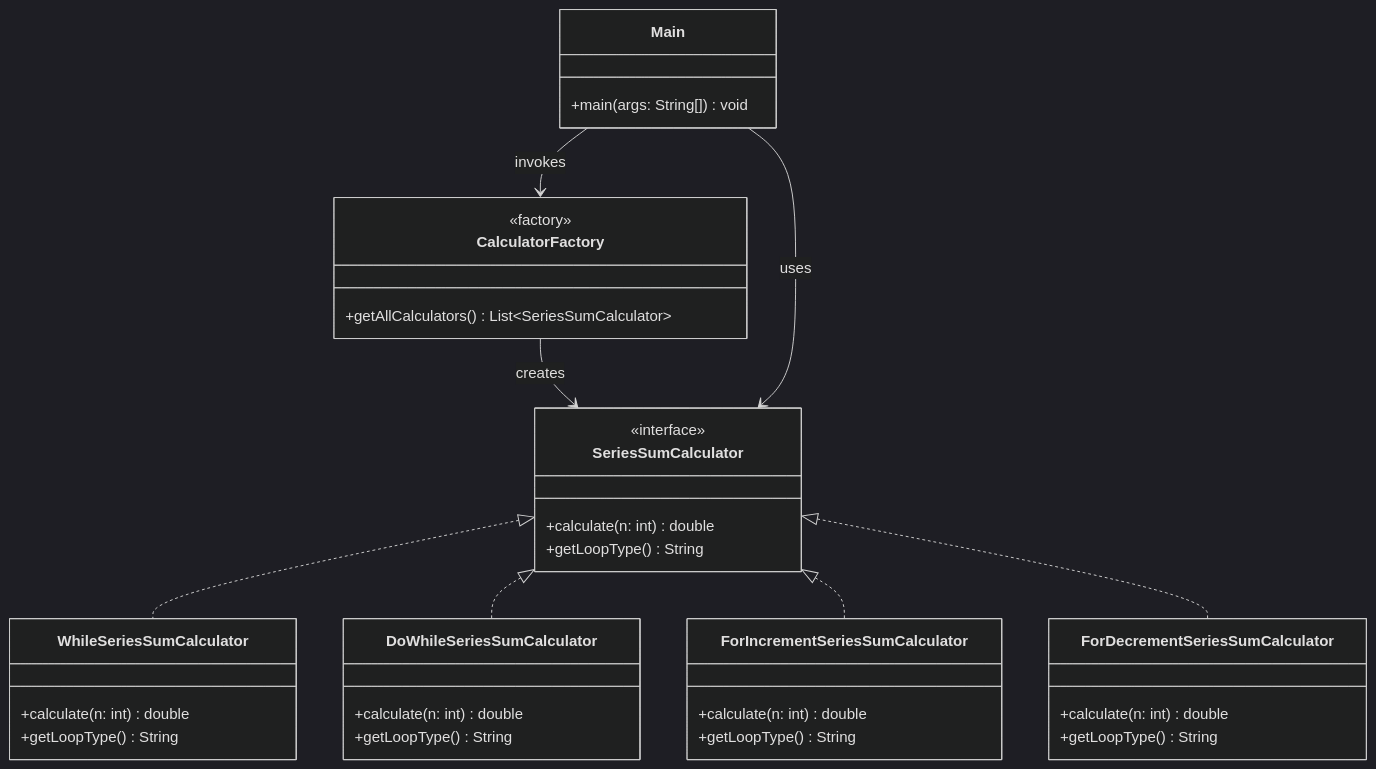
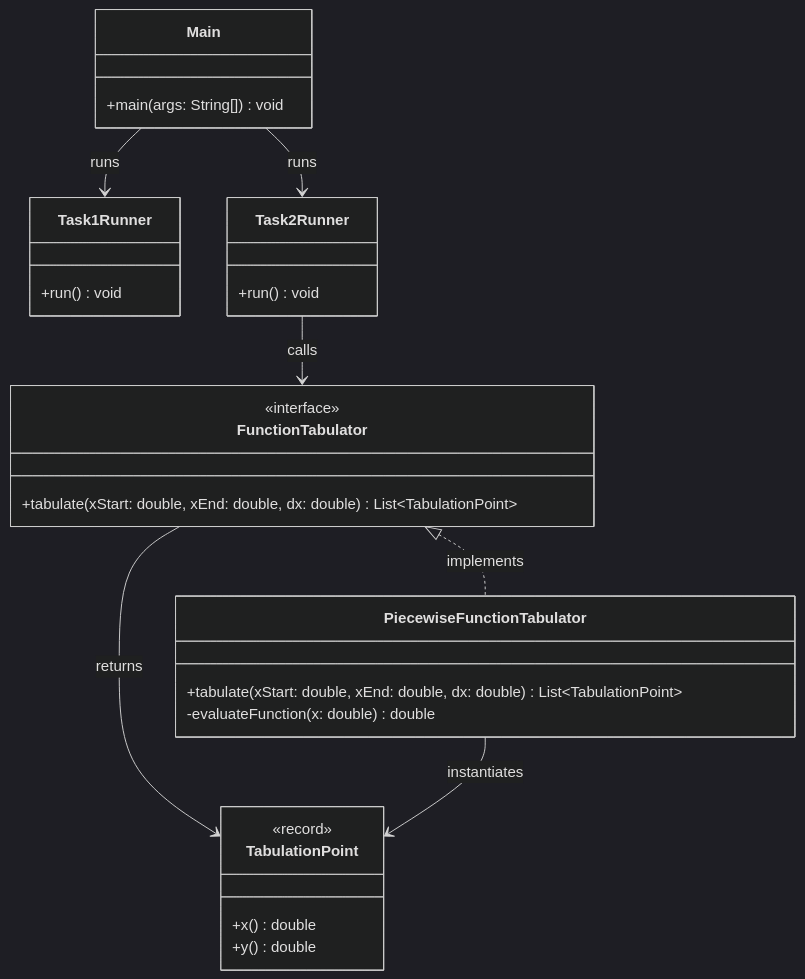
The third of 3 diagrams in lb4/README.md (lviv-polytech/alg-java-labs), drawn with Mermaid (dark theme) before and after one commit. The commit also changed other lines of this file and 16 other files, not shown here.

Commit message:
feat(lab-04): reorganize structure and add task 2 piecewise tabulation

````diff
--- a/lb4/README.md
+++ b/lb4/README.md
@@ -63,42 +73,35 @@
 ```mermaid
 classDiagram
     class Main {
         +main(args: String[]) void
     }
-    class SeriesSumCalculator {
-        <<interface>>
-        +calculate(n: int) double
-        +getLoopType() String
+    class Task1Runner {
+        +run() void
+    }
+    class Task2Runner {
+        +run() void
     }
     
-    class WhileSeriesSumCalculator {
-        +calculate(n: int) double
-        +getLoopType() String
-    }
-    class DoWhileSeriesSumCalculator {
-        +calculate(n: int) double
-        +getLoopType() String
-    }
-    class ForIncrementSeriesSumCalculator {
-        +calculate(n: int) double
-        +getLoopType() String
-    }
-    class ForDecrementSeriesSumCalculator {
-        +calculate(n: int) double
-        +getLoopType() String
+    class FunctionTabulator {
+        <<interface>>
+        +tabulate(xStart: double, xEnd: double, dx: double) List~TabulationPoint~
     }
     
-    class CalculatorFactory {
-        <<factory>>
-        +getAllCalculators() List~SeriesSumCalculator~
+    class TabulationPoint {
+        <<record>>
+        +x() double
+        +y() double
     }
     
-    SeriesSumCalculator <|.. WhileSeriesSumCalculator
-    SeriesSumCalculator <|.. DoWhileSeriesSumCalculator
-    SeriesSumCalculator <|.. ForIncrementSeriesSumCalculator
-    SeriesSumCalculator <|.. ForDecrementSeriesSumCalculator
+    class PiecewiseFunctionTabulator {
+        +tabulate(xStart: double, xEnd: double, dx: double) List~TabulationPoint~
+        -evaluateFunction(x: double) double
+    }
     
-    CalculatorFactory --> SeriesSumCalculator : creates
-    Main --> CalculatorFactory : invokes
-    Main --> SeriesSumCalculator : uses
+    Main --> Task1Runner : runs
+    Main --> Task2Runner : runs
+    Task2Runner --> FunctionTabulator : calls
+    FunctionTabulator <|.. PiecewiseFunctionTabulator : implements
+    FunctionTabulator --> TabulationPoint : returns
+    PiecewiseFunctionTabulator --> TabulationPoint : instantiates
 ```
````
